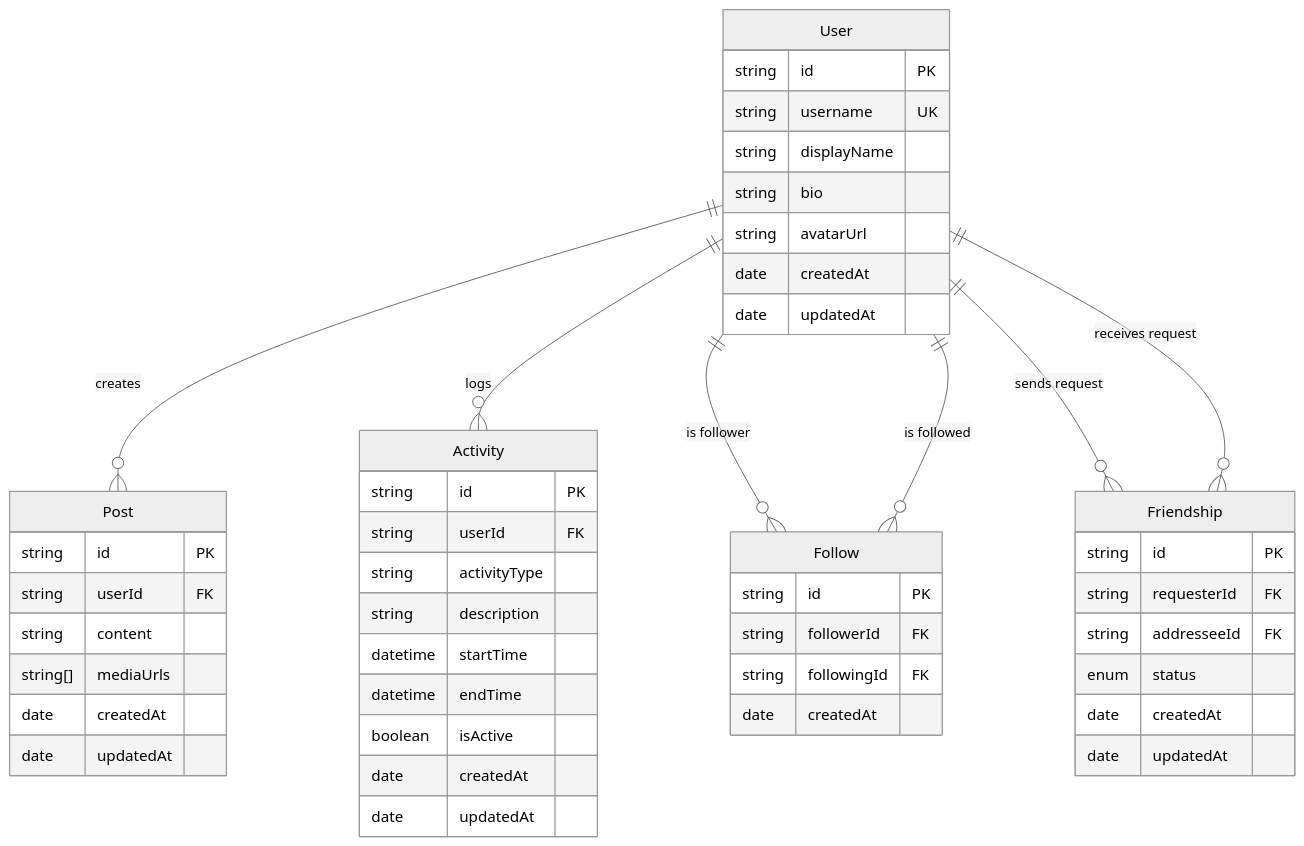
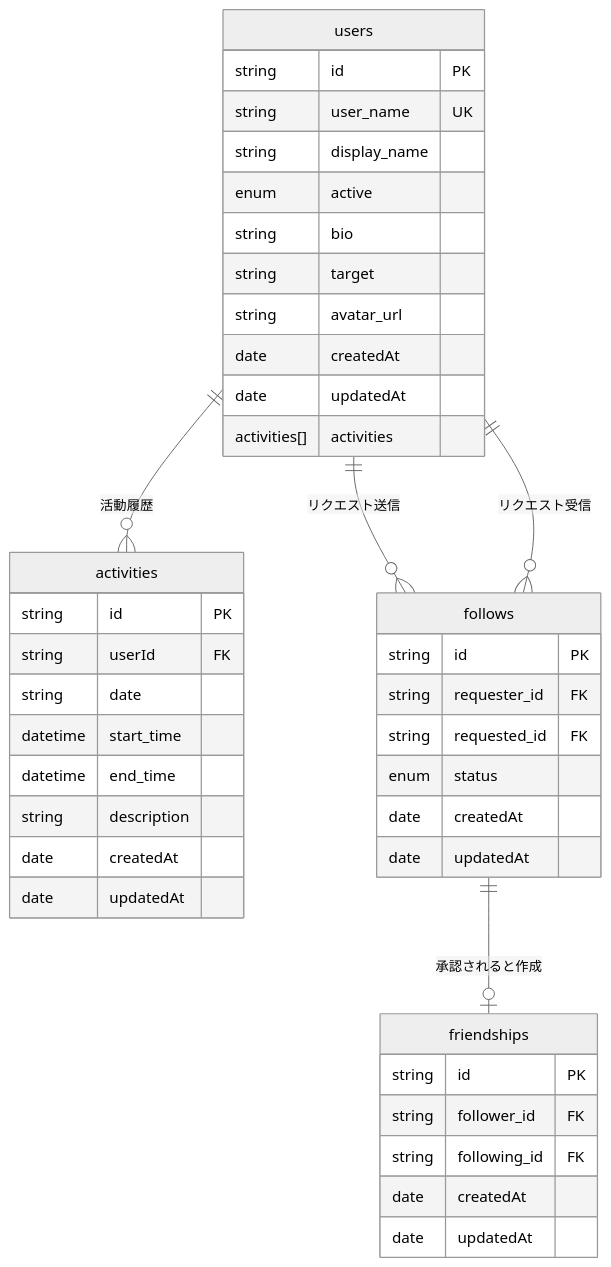
The diagram in doc/er.md (renokazaki/Active-Link), drawn with Mermaid (neutral theme) before and after one commit.

Commit message:
Update er.md
テーブル定義修正

````diff
--- a/doc/er.md
+++ b/doc/er.md
@@ -1,58 +1,48 @@
 ```mermaid
 erDiagram
-    User ||--o{ Post : creates
-    User ||--o{ Activity : logs
+    users ||--o{ activities : "活動履歴"
     
-    User ||--o{ Follow : "is follower"
-    User ||--o{ Follow : "is followed"
+    users ||--o{ follows : "リクエスト送信"
+    users ||--o{ follows : "リクエスト受信"
     
-    User ||--o{ Friendship : "sends request"
-    User ||--o{ Friendship : "receives request"
+    follows ||--o| friendships : "承認されると作成"
+
     
-    User {
+    users {
         string id PK
-        string username UK
-        string displayName
+        string user_name UK
+        string display_name
+        enum active
         string bio
-        string avatarUrl
+        string target
+        string avatar_url
+        date createdAt
+        date updatedAt
+        activities[] activities
+    }
+    activities {
+        string id PK
+        string userId FK
+        string date
+        datetime start_time
+        datetime end_time
+        string description
         date createdAt
         date updatedAt
     }
-    
-    Post {
+    follows {
         string id PK
-        string userId FK
-        string content
-        string[] mediaUrls
-        date createdAt
-        date updatedAt
-    }
-    
-    Activity {
-        string id PK
-        string userId FK
-        string activityType
-        string description
-        datetime startTime
-        datetime endTime
-        boolean isActive
-        date createdAt
-        date updatedAt
-    }
-    
-    Follow {
-        string id PK
-        string followerId FK
-        string followingId FK
-        date createdAt
-    }
-    
-    Friendship {
-        string id PK
-        string requesterId FK
-        string addresseeId FK
+        string requester_id FK
+        string requested_id FK
         enum status
         date createdAt
         date updatedAt
     }
+    friendships {
+        string id PK
+        string follower_id FK
+        string following_id FK
+        date createdAt
+        date updatedAt
+    }
 ```
````
